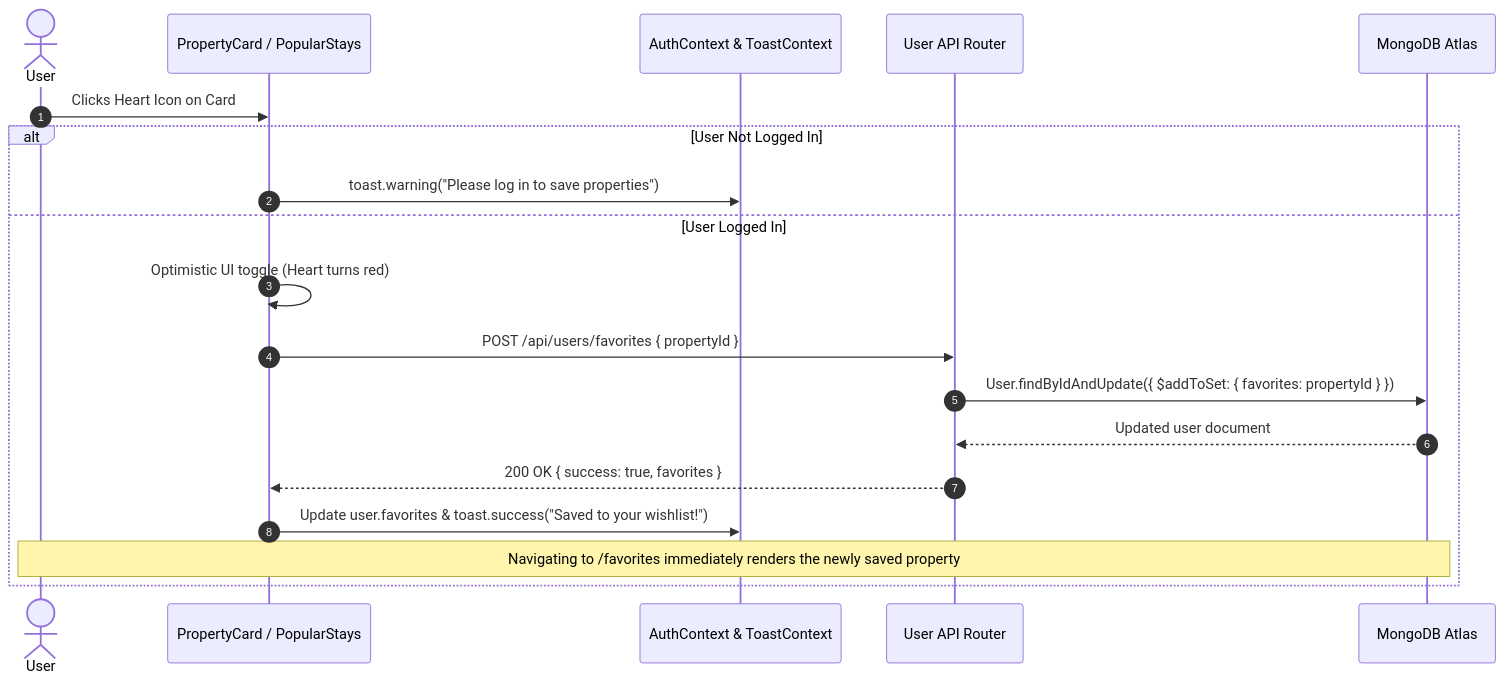
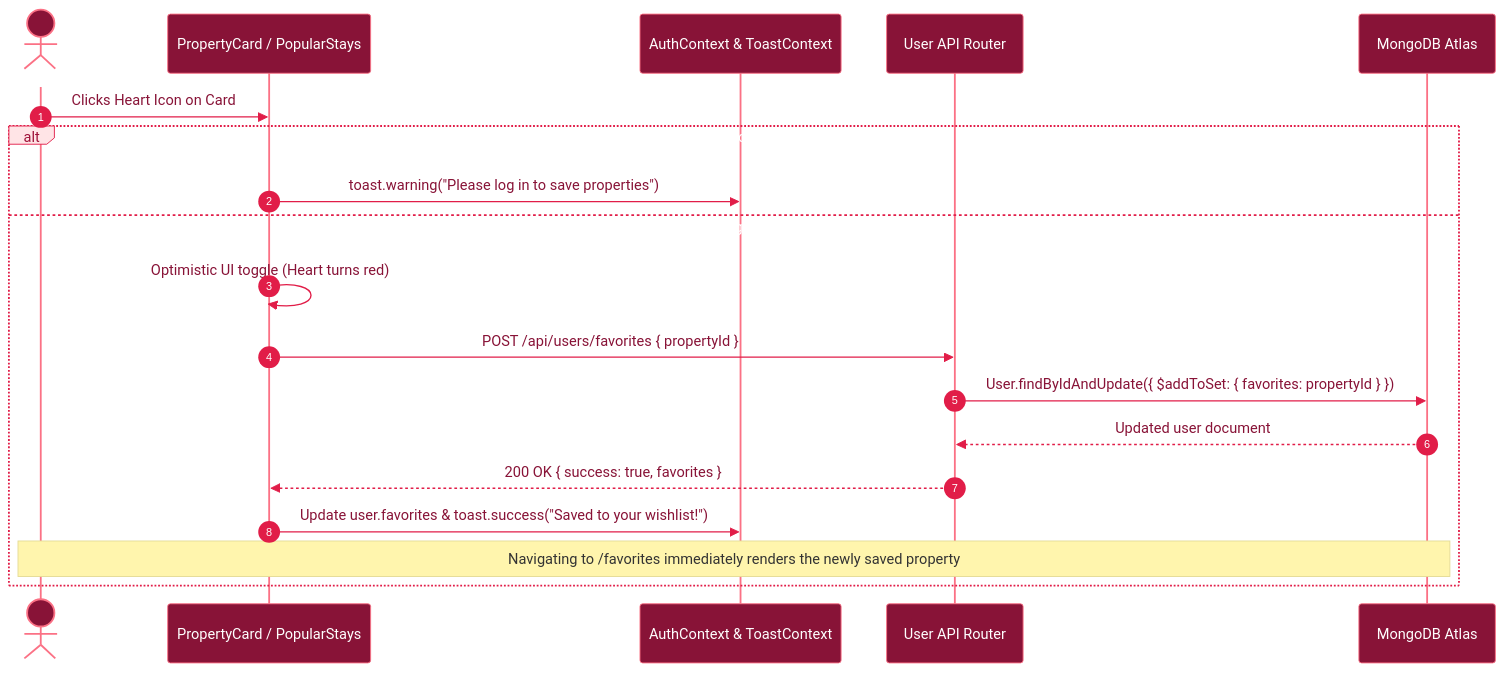
Before and after one commit to m4nish-dev/homely: the fourth of 6 diagrams in README.md, drawn with Mermaid. The commit also changed other lines of this file, not shown here.

Commit message:
docs: center-align header, add custom vibrant colors to Mermaid diagrams, and remove AI emojis

````diff
--- a/README.md
+++ b/README.md
@@ -175,22 +238,42 @@
 ```mermaid
+%%{init: {
+  'theme': 'base',
+  'themeVariables': {
+    'primaryColor': '#e11d48',
+    'primaryTextColor': '#ffffff',
+    'primaryBorderColor': '#be123c',
+    'actorBkg': '#881337',
+    'actorBorder': '#fb7185',
+    'actorTextColor': '#ffffff',
+    'actorLineColor': '#fb7185',
+    'signalColor': '#e11d48',
+    'signalTextColor': '#881337',
+    'labelBoxBkgColor': '#ffe4e6',
+    'labelBoxBorderColor': '#e11d48',
+    'labelTextColor': '#9f1239',
+    'activationBorderColor': '#e11d48',
+    'activationBkgColor': '#fecdd3',
+    'sequenceNumberColor': '#ffffff'
+  }
+}}%%
 sequenceDiagram
     autonumber
     actor User as User
     participant Card as PropertyCard / PopularStays
     participant Context as AuthContext & ToastContext
     participant API as User API Router
     participant DB as MongoDB Atlas
 
     User->>Card: Clicks Heart Icon on Card
     alt User Not Logged In
         Card->>Context: toast.warning("Please log in to save properties")
     else User Logged In
         Card->>Card: Optimistic UI toggle (Heart turns red)
         Card->>API: POST /api/users/favorites { propertyId }
         API->>DB: User.findByIdAndUpdate({ $addToSet: { favorites: propertyId } })
         DB-->>API: Updated user document
         API-->>Card: 200 OK { success: true, favorites }
         Card->>Context: Update user.favorites & toast.success("Saved to your wishlist!")
         Note over User,DB: Navigating to /favorites immediately renders the newly saved property
     end
 ```
````
